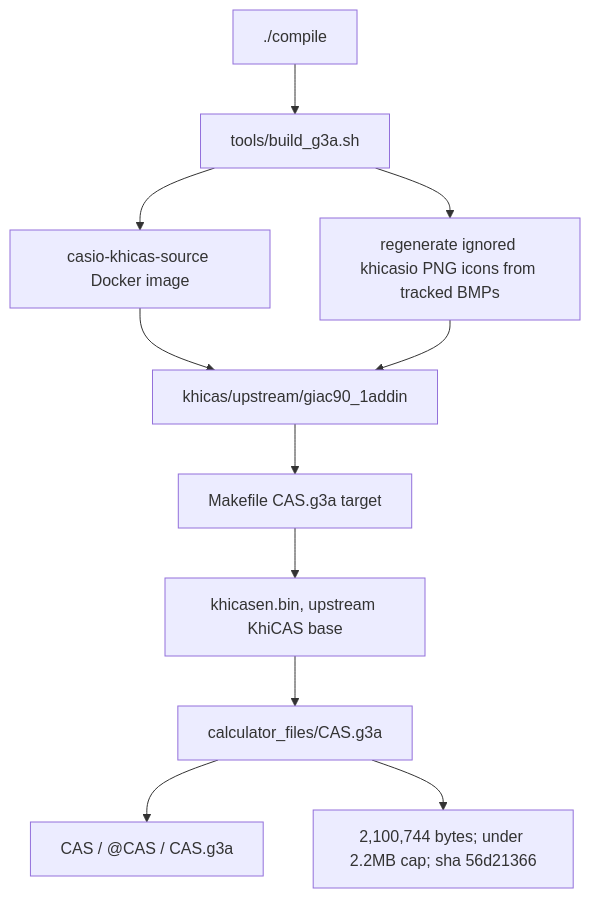
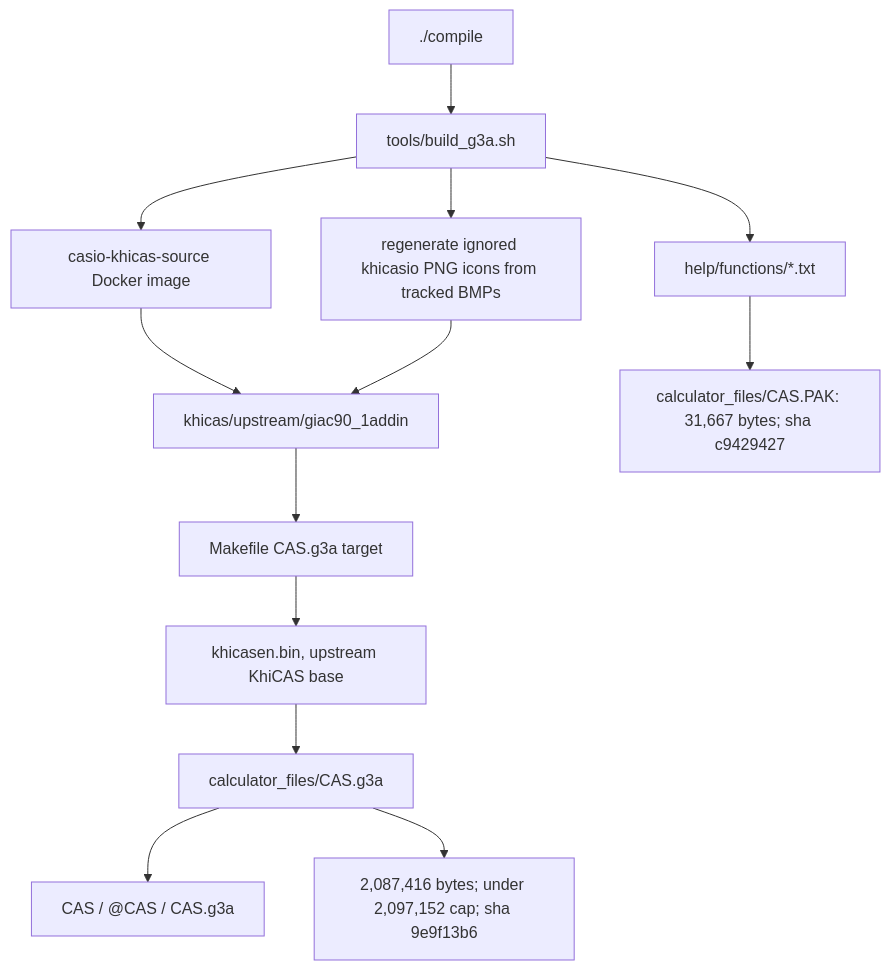
Before and after one commit to james8464/notes-addin-casio-fx-cg50: the first of 6 diagrams in docs/GRAPH.md, drawn with Mermaid. The commit also changed other lines of this file and 13 other files, not shown here.

Commit message:
fit calculator build and restore file menu

````diff
--- a/docs/GRAPH.md
+++ b/docs/GRAPH.md
@@ -7,13 +7,15 @@
 ```mermaid
 graph TD
   Compile["./compile"] --> Build["tools/build_g3a.sh"]
   Build --> Docker["casio-khicas-source Docker image"]
   Docker --> Src["khicas/upstream/giac90_1addin"]
   Build --> Icons["regenerate ignored khicasio PNG icons from tracked BMPs"]
   Icons --> Src
   Src --> Make["Makefile CAS.g3a target"]
   Make --> Bin["khicasen.bin, upstream KhiCAS base"]
   Bin --> G3A["calculator_files/CAS.g3a"]
+  Build --> Help["help/functions/*.txt"]
+  Help --> PAK["calculator_files/CAS.PAK: 31,667 bytes; sha c9429427"]
   G3A --> Meta["CAS / @CAS / CAS.g3a"]
-  G3A --> Size["2,100,744 bytes; under 2.2MB cap; sha 56d21366"]
+  G3A --> Size["2,087,416 bytes; under 2,097,152 cap; sha 9e9f13b6"]
 ```
````
